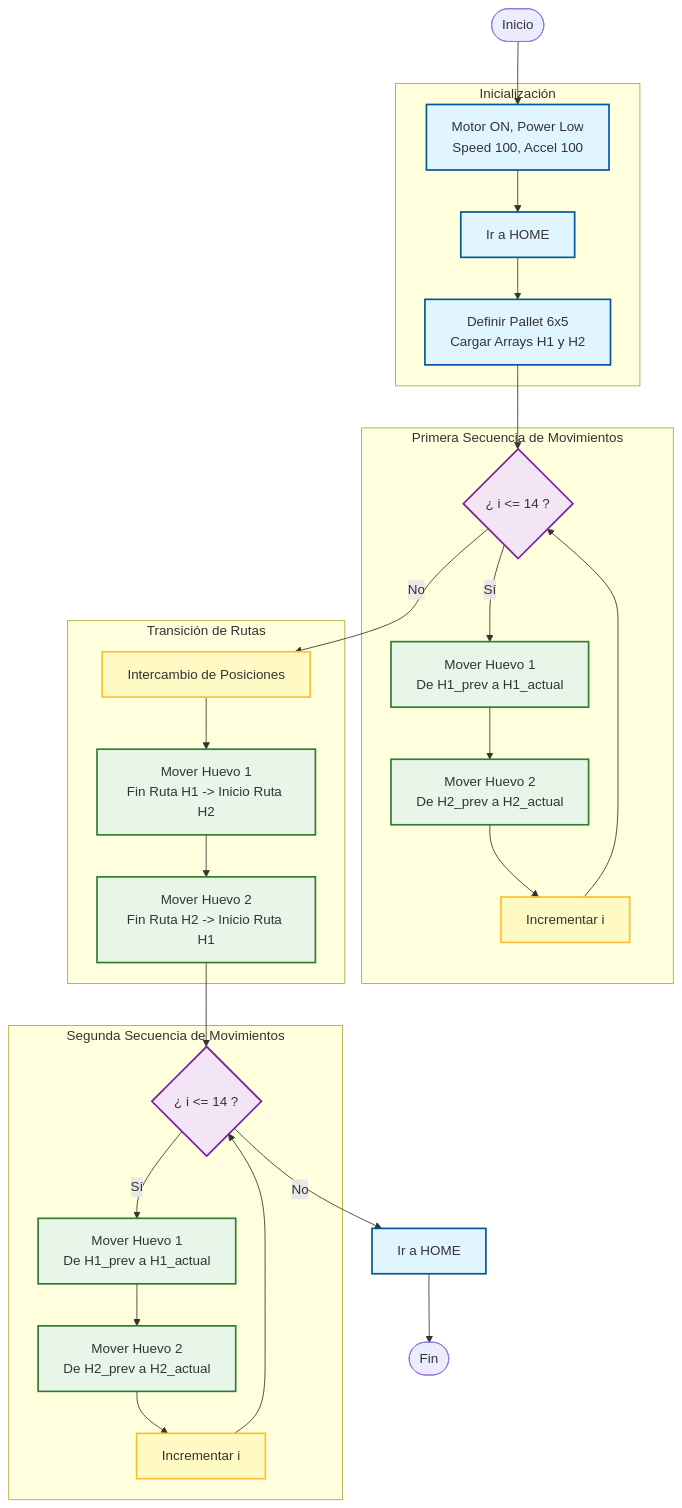
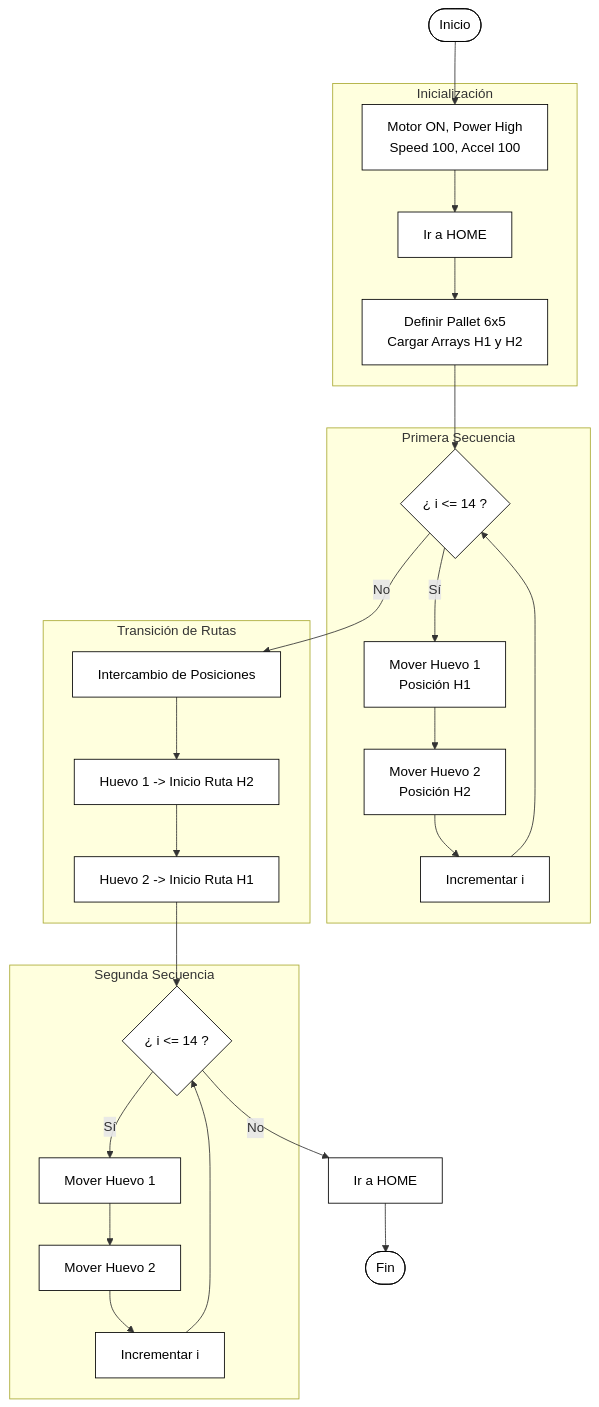
Before and after one commit to Juan-delgado1/Laboratorio-Rob-tica-2E: the diagram in Lab03/InformeLab03.md, drawn with Mermaid.

Commit message:
Refactor flowchart styles and labels in InformeLab03

````diff
--- a/Lab03/InformeLab03.md
+++ b/Lab03/InformeLab03.md
@@ -166,59 +166,56 @@
 ```mermaid
 	flowchart TD
-    %% Estilos
-    classDef init fill:#e1f5fe,stroke:#01579b,stroke-width:2px;
-    classDef proc fill:#fff9c4,stroke:#fbc02d,stroke-width:2px;
-    classDef move fill:#e8f5e9,stroke:#2e7d32,stroke-width:2px;
-    classDef logic fill:#f3e5f5,stroke:#7b1fa2,stroke-width:2px;
+    %% Estilo Global en Blanco y Negro
+    classDef default fill:#fff,stroke:#000,stroke-width:1px,color:#000;
 
     Start([Inicio]) --> Init
     
     subgraph Configuracion [Inicialización]
-        Init[Motor ON, Power Low<br>Speed 100, Accel 100]:::init
-        Home1[Ir a HOME]:::init
-        DefPallet[Definir Pallet 6x5<br>Cargar Arrays H1 y H2]:::init
+        Init[Motor ON, Power High<br>Speed 100, Accel 100]
+        Home1[Ir a HOME]
+        DefPallet[Definir Pallet 6x5<br>Cargar Arrays H1 y H2]
     end
 
     Init --> Home1
     Home1 --> DefPallet
     DefPallet --> Loop1_Start
 
-    subgraph Bucle1 [Primera Secuencia de Movimientos]
-        Loop1_Start{¿ i <= 14 ?}:::logic
-        MoveH1_A[Mover Huevo 1<br>De H1_prev a H1_actual]:::move
-        MoveH2_A[Mover Huevo 2<br>De H2_prev a H2_actual]:::move
-        Inc1[Incrementar i]:::proc
+    subgraph Bucle1 [Primera Secuencia]
+        Loop1_Start{¿ i <= 14 ?}
+        MoveH1_A[Mover Huevo 1<br>Posición H1]
+        MoveH2_A[Mover Huevo 2<br>Posición H2]
+        Inc1[Incrementar i]
     end
 
     Loop1_Start -- Sí --> MoveH1_A
     MoveH1_A --> MoveH2_A
     MoveH2_A --> Inc1
     Inc1 --> Loop1_Start
 
     Loop1_Start -- No --> Transition
 
     subgraph Intercambio [Transición de Rutas]
-        Transition[Intercambio de Posiciones]:::proc
-        Swap1[Mover Huevo 1<br>Fin Ruta H1 -> Inicio Ruta H2]:::move
-        Swap2[Mover Huevo 2<br>Fin Ruta H2 -> Inicio Ruta H1]:::move
+        Transition[Intercambio de Posiciones]
+        Swap1[Huevo 1 -> Inicio Ruta H2]
+        Swap2[Huevo 2 -> Inicio Ruta H1]
     end
 
     Transition --> Swap1
     Swap1 --> Swap2
     Swap2 --> Loop2_Start
 
-    subgraph Bucle2 [Segunda Secuencia de Movimientos]
-        Loop2_Start{¿ i <= 14 ?}:::logic
-        MoveH1_B[Mover Huevo 1<br>De H1_prev a H1_actual]:::move
-        MoveH2_B[Mover Huevo 2<br>De H2_prev a H2_actual]:::move
-        Inc2[Incrementar i]:::proc
+    subgraph Bucle2 [Segunda Secuencia]
+        Loop2_Start{¿ i <= 14 ?}
+        MoveH1_B[Mover Huevo 1]
+        MoveH2_B[Mover Huevo 2]
+        Inc2[Incrementar i]
     end
 
     Loop2_Start -- Sí --> MoveH1_B
     MoveH1_B --> MoveH2_B
     MoveH2_B --> Inc2
     Inc2 --> Loop2_Start
 
     Loop2_Start -- No --> HomeEnd
-    HomeEnd[Ir a HOME]:::init --> End([Fin])
+    HomeEnd[Ir a HOME] --> End([Fin])
 ```
````
